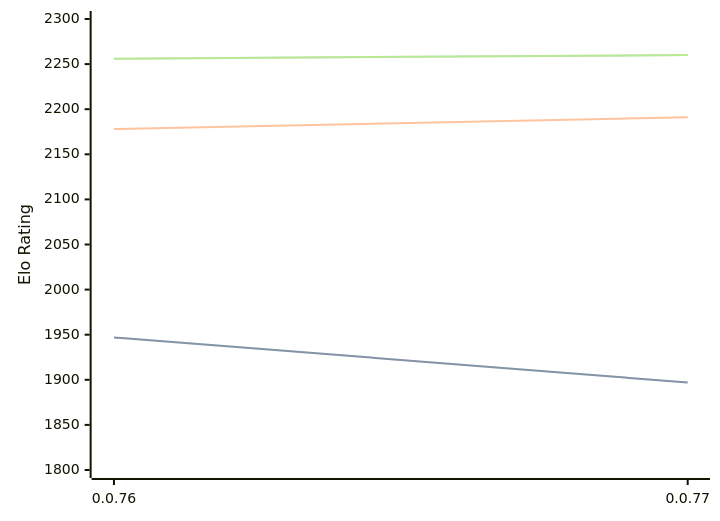
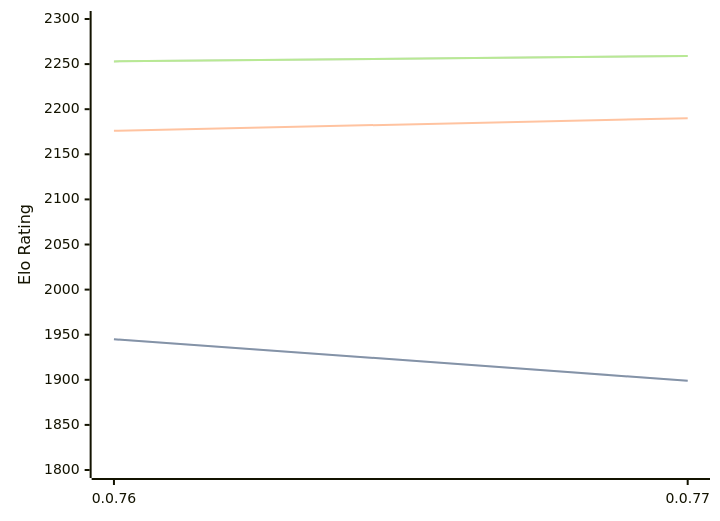
Before and after one commit to computer-chess-index/cci: the diagram in engines/Fktb.md, drawn with Mermaid. The commit also changed other lines of this file, not shown here.

Commit message:
Update CCI Ratings (ELO VLTC) - 2026-03-12

````diff
--- a/engines/Fktb.md
+++ b/engines/Fktb.md
@@ -30,11 +30,11 @@
 ```mermaid
 %%{init: {"theme":"base","themeVariables":{"seriesColors:['#a3a3a3','#222221','#faa371']}}}%%
 xychart-beta
   x-axis ["0.0.76", "0.0.77"]
   y-axis "Elo Rating" 1800 --> 2300
-  line "STC (8.0+0.08s)" [1947, 1897]
-  line "STC (8.0+0.08s)" [1947, 1897]
-  line "LTC (60.0+0.60s)" [2178, 2191]
-  line "VLTC (2m24s+1.12s)" [2256, 2260]
-  line "VLTC (2m24s+1.12s)" [2256, 2260]
+  line "STC (8.0+0.08s)" [1945, 1899]
+  line "STC (8.0+0.08s)" [1945, 1899]
+  line "LTC (60.0+0.60s)" [2176, 2190]
+  line "VLTC (2m24s+1.12s)" [2253, 2259]
+  line "VLTC (2m24s+1.12s)" [2253, 2259]
 ```
````
